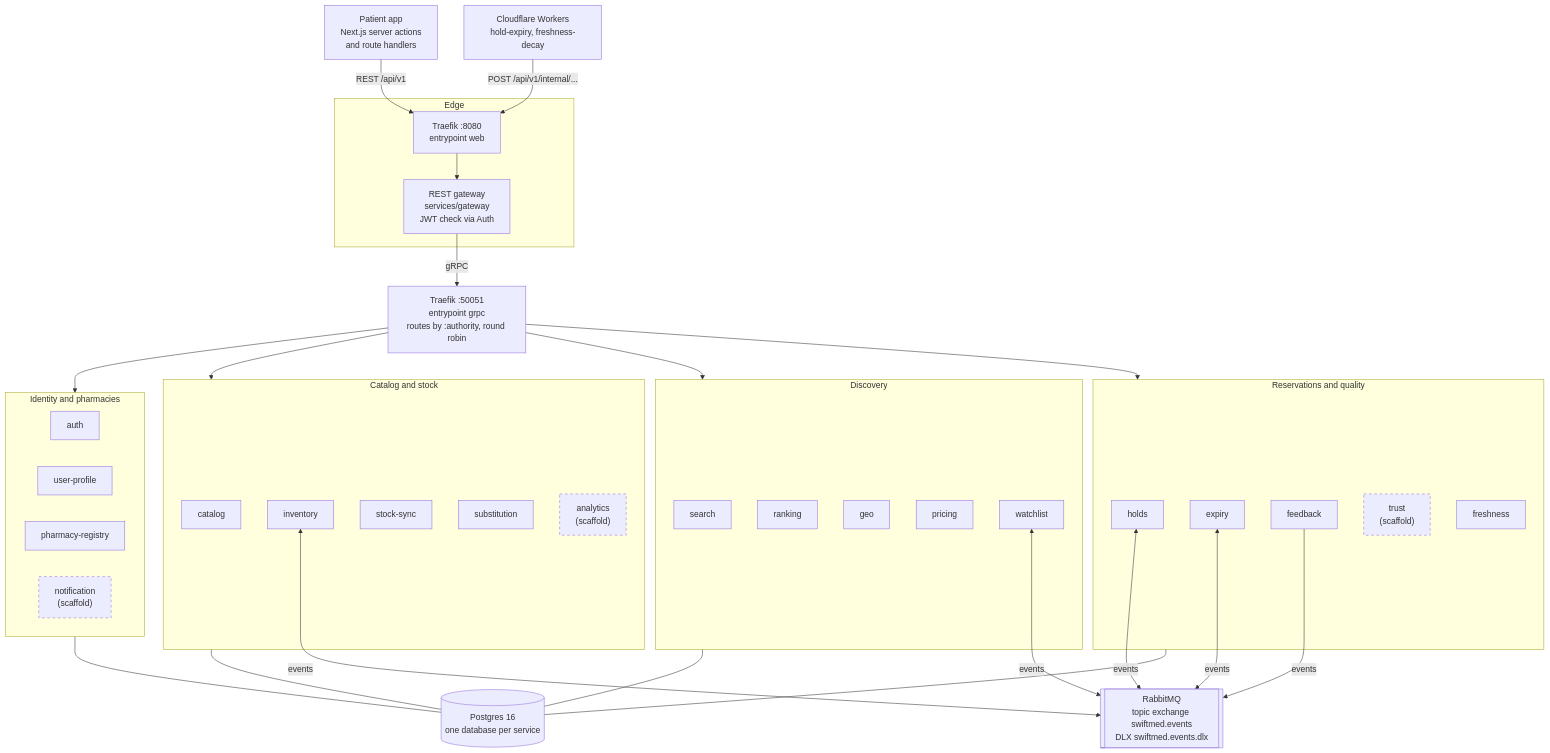
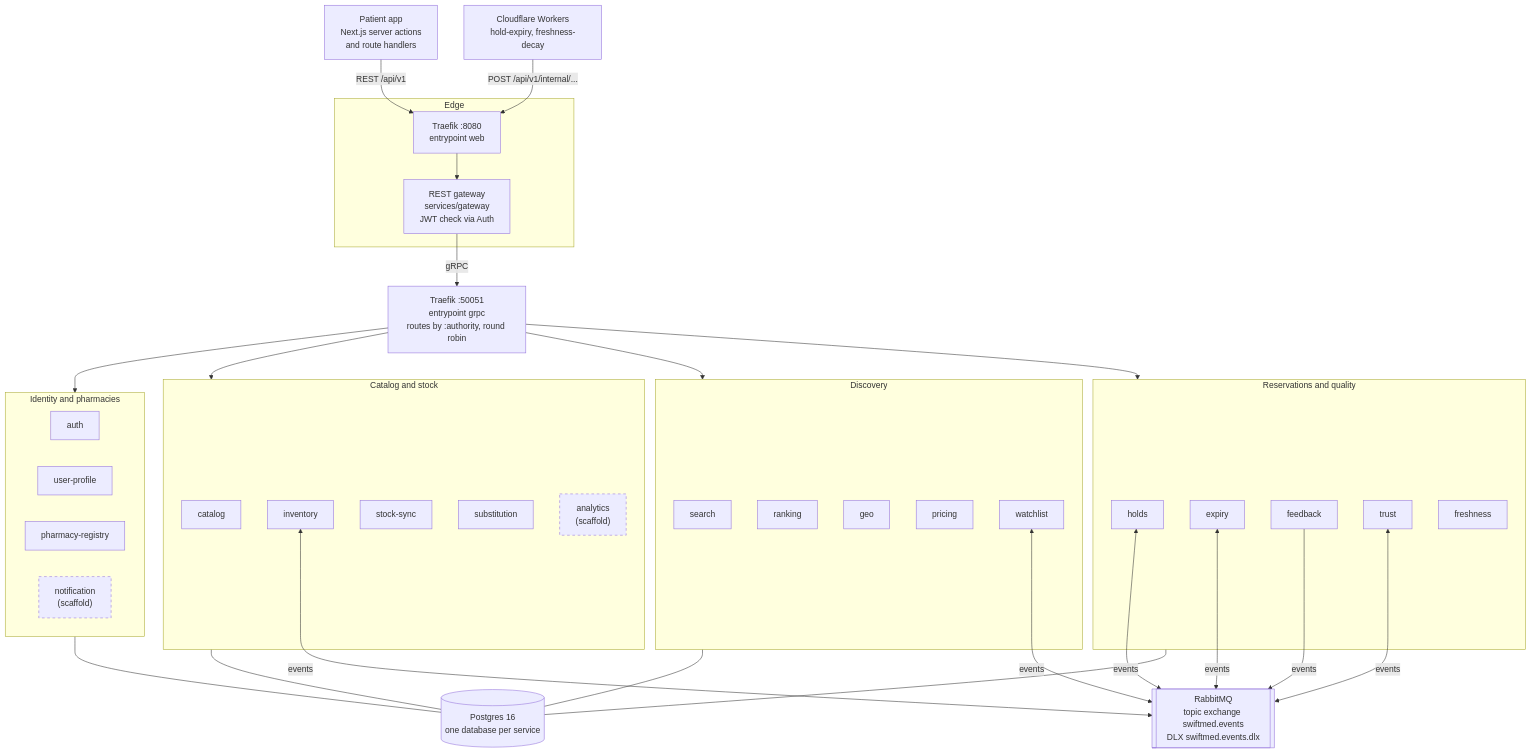
The second of 6 diagrams in docs/architecture/system-context.md (Swiftmeds-bht/Swiftmeds), drawn with Mermaid before and after one commit. The commit also changed other lines of this file, not shown here.

Commit message:
docs(architecture): show Trust as a running service (SCRUM-73)

````diff
--- a/docs/architecture/system-context.md
+++ b/docs/architecture/system-context.md
@@ -46,69 +46,70 @@
 ```mermaid
 flowchart TB
     browser["Patient app<br/>Next.js server actions<br/>and route handlers"]
     workers["Cloudflare Workers<br/>hold-expiry, freshness-decay"]
 
     subgraph edge["Edge"]
         traefikWeb["Traefik :8080<br/>entrypoint web"]
         gateway["REST gateway<br/>services/gateway<br/>JWT check via Auth"]
     end
 
     traefikGrpc["Traefik :50051<br/>entrypoint grpc<br/>routes by :authority, round robin"]
 
     subgraph identity["Identity and pharmacies"]
         auth["auth"]
         userProfile["user-profile"]
         registry["pharmacy-registry"]
         notification["notification<br/>(scaffold)"]
     end
 
     subgraph catalogStock["Catalog and stock"]
         catalog["catalog"]
         inventory["inventory"]
         stockSync["stock-sync"]
         substitution["substitution"]
         analytics["analytics<br/>(scaffold)"]
     end
 
     subgraph discovery["Discovery"]
         search["search"]
         ranking["ranking"]
         geo["geo"]
         pricing["pricing"]
         watchlist["watchlist"]
     end
 
     subgraph reservations["Reservations and quality"]
         holds["holds"]
         expiry["expiry"]
         feedback["feedback"]
-        trust["trust<br/>(scaffold)"]
+        trust["trust"]
         freshness["freshness"]
     end
 
     rabbit[["RabbitMQ<br/>topic exchange swiftmed.events<br/>DLX swiftmed.events.dlx"]]
     postgres[("Postgres 16<br/>one database per service")]
 
     browser -->|"REST /api/v1"| traefikWeb
     workers -->|"POST /api/v1/internal/..."| traefikWeb
     traefikWeb --> gateway
     gateway -->|"gRPC"| traefikGrpc
     traefikGrpc --> identity
     traefikGrpc --> catalogStock
     traefikGrpc --> discovery
     traefikGrpc --> reservations
 
     inventory <-->|"events"| rabbit
     holds <-->|"events"| rabbit
     expiry <-->|"events"| rabbit
     watchlist <-->|"events"| rabbit
     feedback -->|"events"| rabbit
+    trust <-->|"events"| rabbit
 
     identity --- postgres
     catalogStock --- postgres
     discovery --- postgres
     reservations --- postgres
 
     classDef planned stroke-dasharray: 5 5
-    class notification,analytics,trust planned
+    class notification,analytics planned
 ```
````
